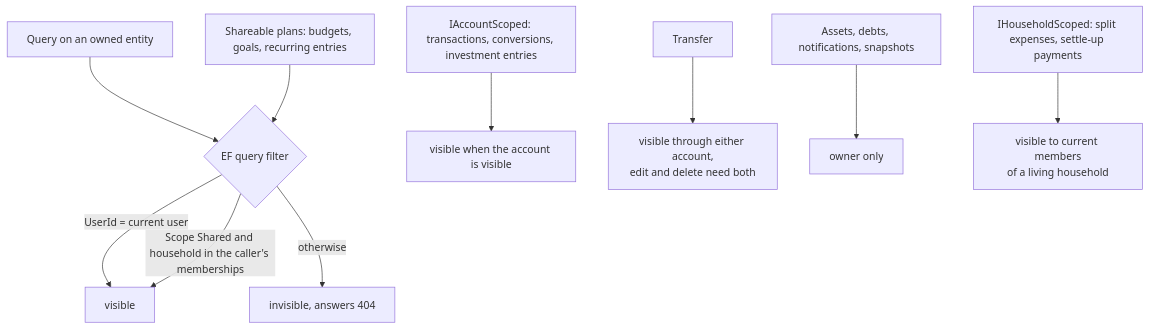
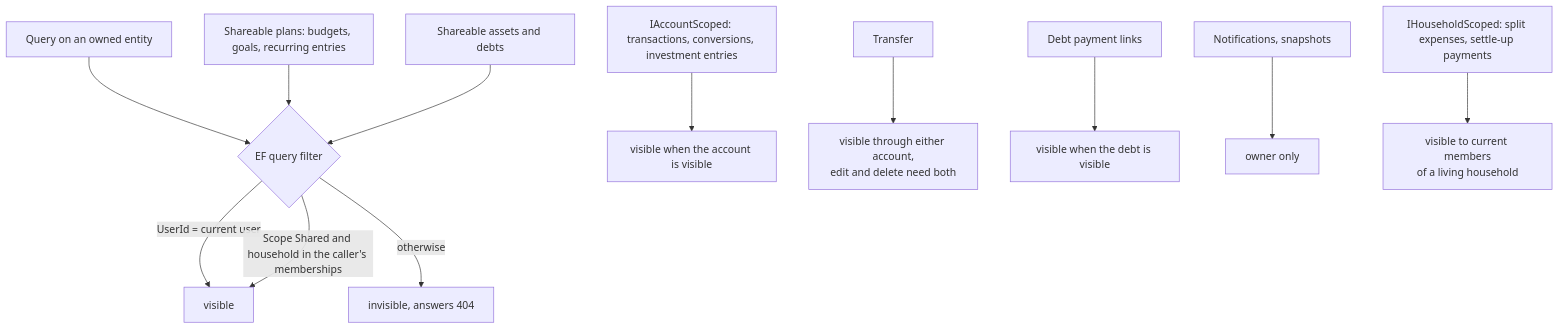
Before and after one commit to Justxs/Jx-Finance: the first of 4 diagrams in docs/features/households-and-sharing.md, drawn with Mermaid. The commit also changed other lines of this file and 78 other files, not shown here.

First line of the commit message:
feat(households): share assets and debts

````diff
--- a/docs/features/households-and-sharing.md
+++ b/docs/features/households-and-sharing.md
@@ -9,12 +9,14 @@
 ```mermaid
 flowchart TD
     Q["Query on an owned entity"] --> Filter{"EF query filter"}
     Filter -->|"UserId = current user"| See["visible"]
     Filter -->|"Scope Shared and household in the caller's memberships"| See
     Filter -->|"otherwise"| Hidden["invisible, answers 404"]
     Scoped["IAccountScoped: transactions, conversions, investment entries"] --> ViaAcc["visible when the account is visible"]
     Transfer["Transfer"] --> Either["visible through either account,<br/>edit and delete need both"]
     Plans["Shareable plans: budgets, goals, recurring entries"] --> Filter
-    Personal["Assets, debts, notifications, snapshots"] --> OwnerOnly["owner only"]
+    Wealth["Shareable assets and debts"] --> Filter
+    Payment["Debt payment links"] --> ViaDebt["visible when the debt is visible"]
+    Personal["Notifications, snapshots"] --> OwnerOnly["owner only"]
     Household["IHouseholdScoped: split expenses, settle-up payments"] --> Members["visible to current members<br/>of a living household"]
 ```
````
